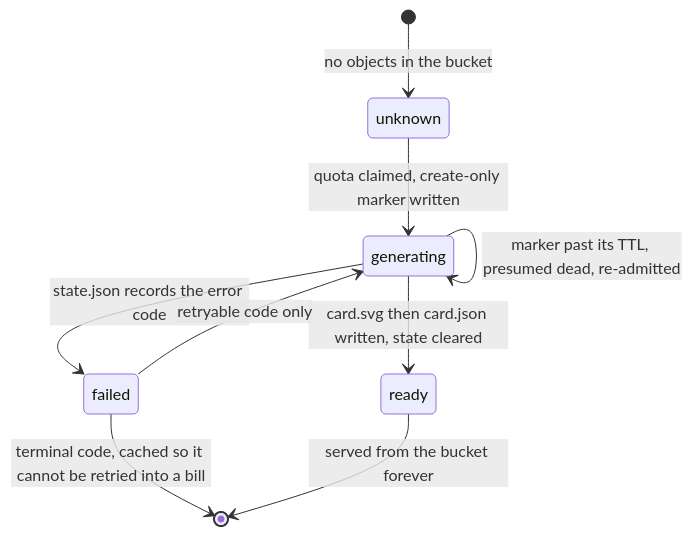
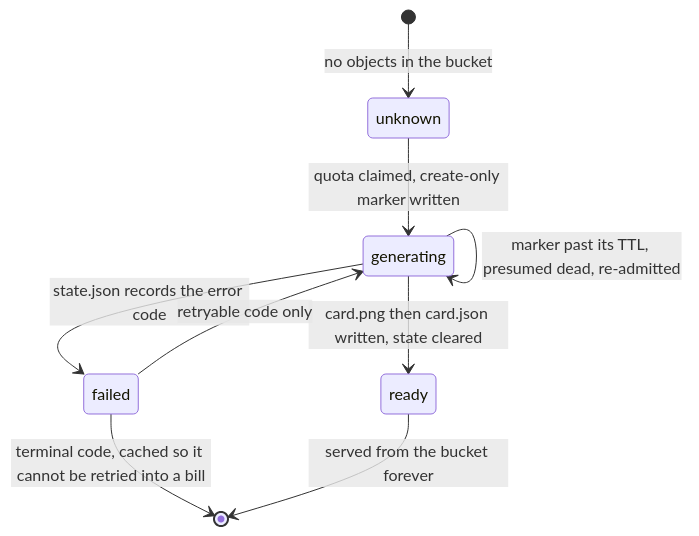
One commit to anchildress1/commit-chronicles changed the second of 3 diagrams in docs/initial-design-spec.md. Above: the diagram before and after it, drawn with Mermaid. The commit also changed other lines of this file and 27 other files, not shown here.

First line of the commit message:
feat(card): ship the card as a PNG, because dev.to will not serve an SVG

````diff
--- a/docs/initial-design-spec.md
+++ b/docs/initial-design-spec.md
@@ -107,14 +107,14 @@
 ```mermaid
 stateDiagram-v2
     accTitle: Job state
     accDescr: A repo starts unknown. Claiming a quota slot and a generating marker moves it to generating. Success writes the card and makes it ready. Failure writes a failed marker, which is terminal for bad-repo errors and retryable for pipeline and Cortex errors. A generating marker older than its TTL is presumed dead and re-admitted.
 
     [*] --> unknown: no objects in the bucket
     unknown --> generating: quota claimed, create-only marker written
-    generating --> ready: card.svg then card.json written, state cleared
+    generating --> ready: card.png then card.json written, state cleared
     generating --> failed: state.json records the error code
     generating --> generating: marker past its TTL, presumed dead, re-admitted
     failed --> generating: retryable code only
     failed --> [*]: terminal code, cached so it cannot be retried into a bill
     ready --> [*]: served from the bucket forever
 ```
````
